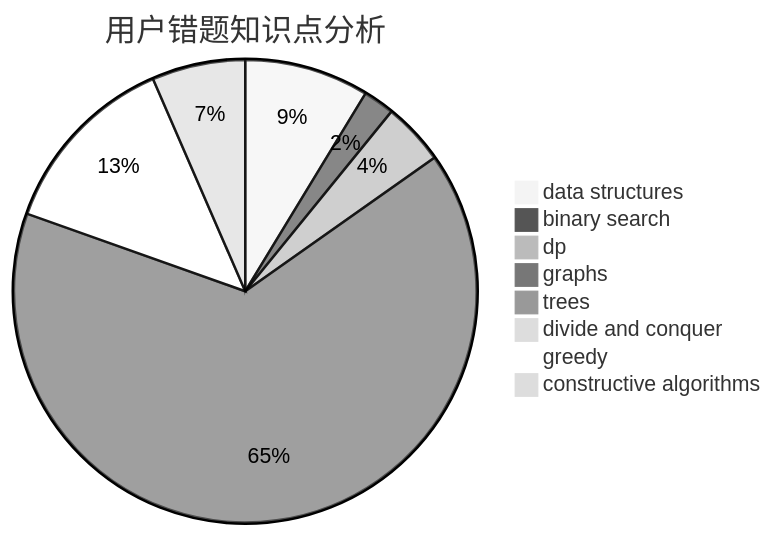
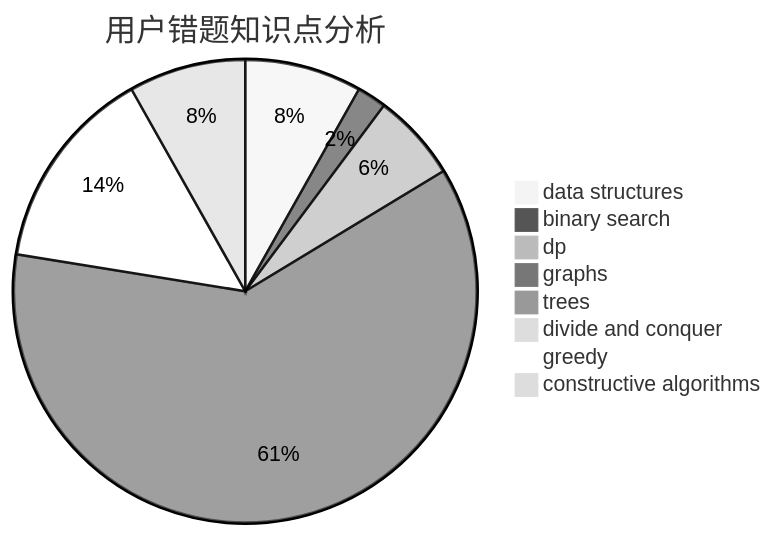
One commit to sherpahu/cfrs.github.io changed the third of 3 diagrams in docs/user/u2651.md. Above: the diagram before and after it, drawn with Mermaid (neutral theme). The commit also changed other lines of this file and 2770 other files, not shown here.

````diff
--- a/docs/user/u2651.md
+++ b/docs/user/u2651.md
@@ -36,11 +36,11 @@
 ```mermaid
 pie title 用户错题知识点分析
     "data structures" :  4
     "binary search" :  1
-    "dp" :  2
+    "dp" :  3
     "graphs" :  30
     "trees" :  0
     "divide and conquer" :  0
-    "greedy" :  6
-    "constructive algorithms" :  3
+    "greedy" :  7
+    "constructive algorithms" :  4
 ```
````
